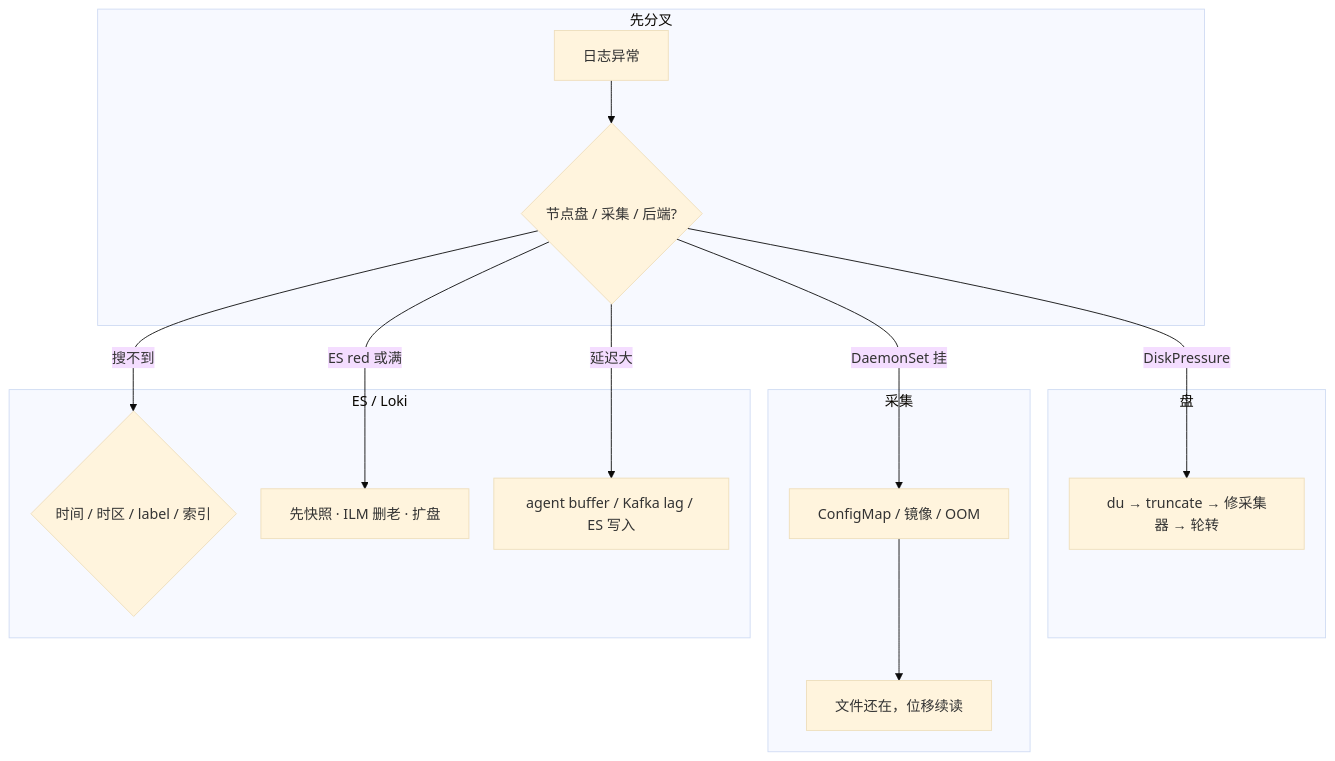
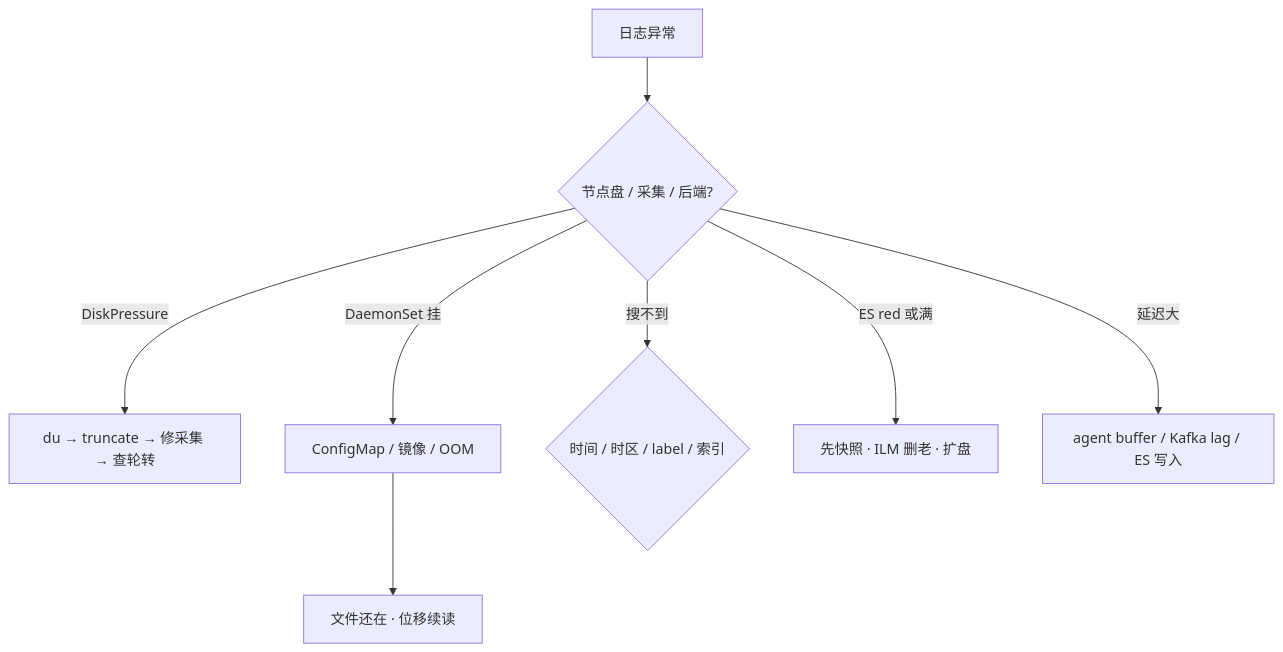
One commit to ml-cuizijun/LearnToLilith changed the fifth of 5 diagrams in 03-Kubernetes/20-日志管理/知识点.md. Above: the diagram before and after it, drawn with Mermaid. The commit also changed other lines of this file and 178 other files, not shown here.

````diff
--- a/03-Kubernetes/20-日志管理/知识点.md
+++ b/03-Kubernetes/20-日志管理/知识点.md
@@ -486,25 +364,10 @@
 ```mermaid
-%%{init: {"flowchart": {"padding": 16, "nodeSpacing": 28, "rankSpacing": 48}, "theme": "base"}}%%
 flowchart TB
-    subgraph gate ["先分叉"]
-        A[日志异常] --> B{节点盘 / 采集 / 后端?}
-    end
-
-    subgraph disk ["盘"]
-        B -->|DiskPressure| C[du → truncate → 修采集器 → 轮转]
-    end
-
-    subgraph col ["采集"]
-        B -->|DaemonSet 挂| D[ConfigMap / 镜像 / OOM]
-        D --> E[文件还在，位移续读]
-    end
-
-    subgraph esg ["ES / Loki"]
-        B -->|搜不到| F{时间 / 时区 / label / 索引}
-        B -->|ES red 或满| G[先快照 · ILM 删老 · 扩盘]
-        B -->|延迟大| H[agent buffer / Kafka lag / ES 写入]
-    end
-
-    class C,G bad
-    class D,E ok
+    A[日志异常] --> B{节点盘 / 采集 / 后端?}
+    B -->|DiskPressure| C[du → truncate → 修采集 → 查轮转]
+    B -->|DaemonSet 挂| D[ConfigMap / 镜像 / OOM]
+    D --> E[文件还在 · 位移续读]
+    B -->|搜不到| F{时间 / 时区 / label / 索引}
+    B -->|ES red 或满| G[先快照 · ILM 删老 · 扩盘]
+    B -->|延迟大| H[agent buffer / Kafka lag / ES 写入]
 ```
````
